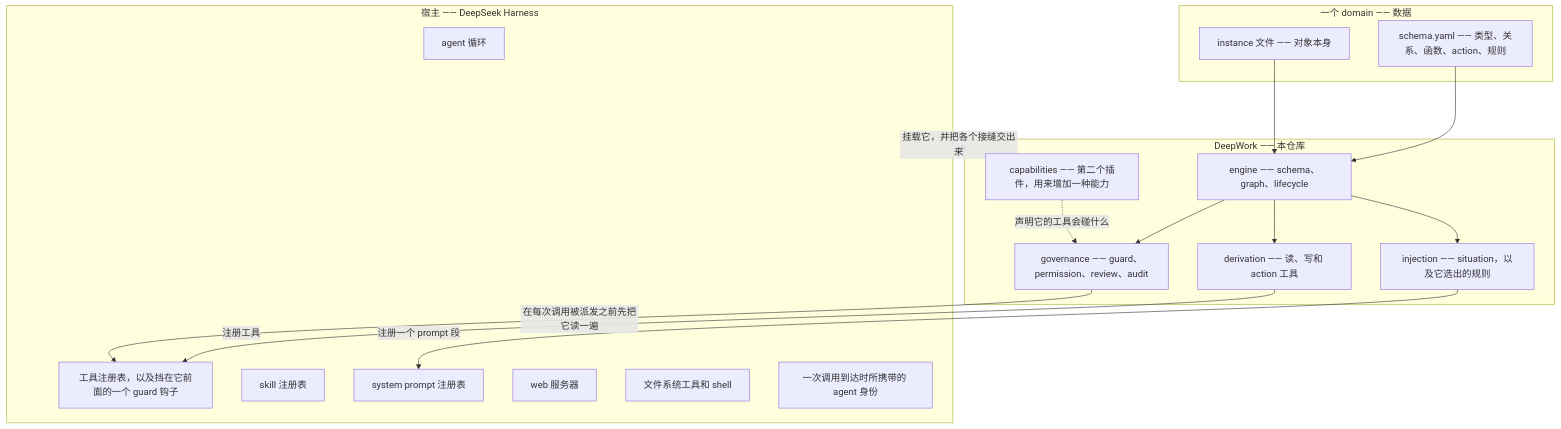
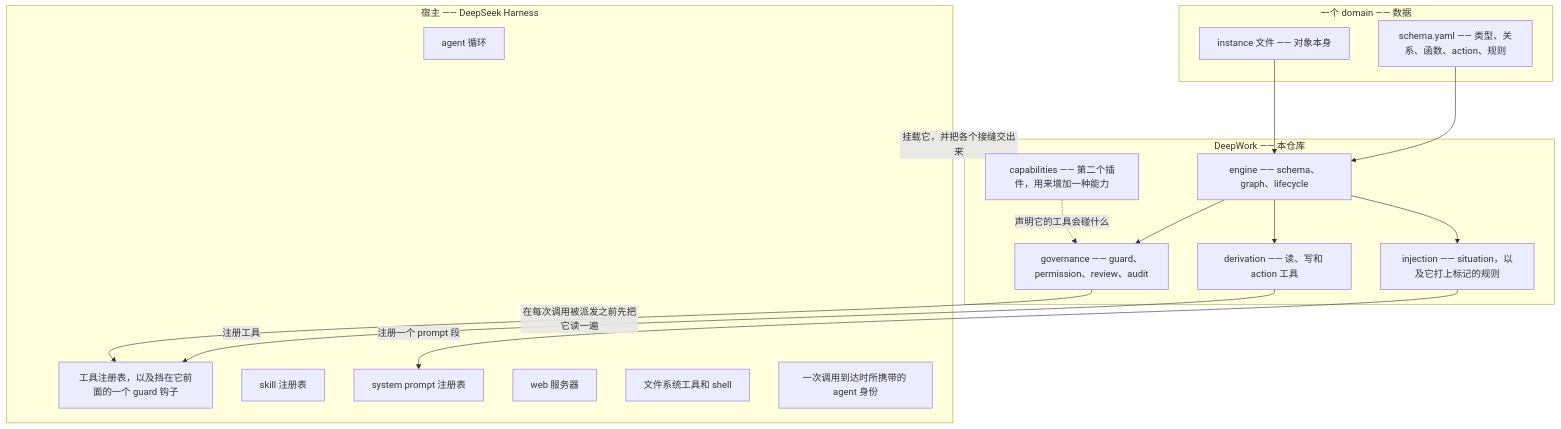
One commit to zhangcun1995521/deepwork changed the first of 4 diagrams in docs/architecture.zh.md. Above: the diagram before and after it, drawn with Mermaid. The commit also changed other lines of this file and 11 other files, not shown here.

````diff
--- a/docs/architecture.zh.md
+++ b/docs/architecture.zh.md
@@ -11,36 +11,36 @@
 ```mermaid
 flowchart TB
   subgraph host["宿主 —— DeepSeek Harness"]
     h1["agent 循环"]
     h2["工具注册表，以及挡在它前面的一个 guard 钩子"]
     h3["skill 注册表"]
     h4["system prompt 注册表"]
     h5["web 服务器"]
     h6["文件系统工具和 shell"]
     h7["一次调用到达时所携带的 agent 身份"]
   end
 
   subgraph deepwork["DeepWork —— 本仓库"]
     d1["engine —— schema、graph、lifecycle"]
     d2["derivation —— 读、写和 action 工具"]
     d3["governance —— guard、permission、review、audit"]
-    d4["injection —— situation，以及它选出的规则"]
+    d4["injection —— situation，以及它打上标记的规则"]
     d5["capabilities —— 第二个插件，用来增加一种能力"]
   end
 
   subgraph domain["一个 domain —— 数据"]
     y1["schema.yaml —— 类型、关系、函数、action、规则"]
     y2["instance 文件 —— 对象本身"]
   end
 
   y1 --> d1
   y2 --> d1
   d1 --> d2
   d1 --> d3
   d1 --> d4
   d2 -->|"注册工具"| h2
   d4 -->|"注册一个 prompt 段"| h4
   d3 -->|"在每次调用被派发之前先把它读一遍"| h2
   d5 -.->|"声明它的工具会碰什么"| d3
   host -.->|"挂载它，并把各个接缝交出来"| deepwork
 ```
````
